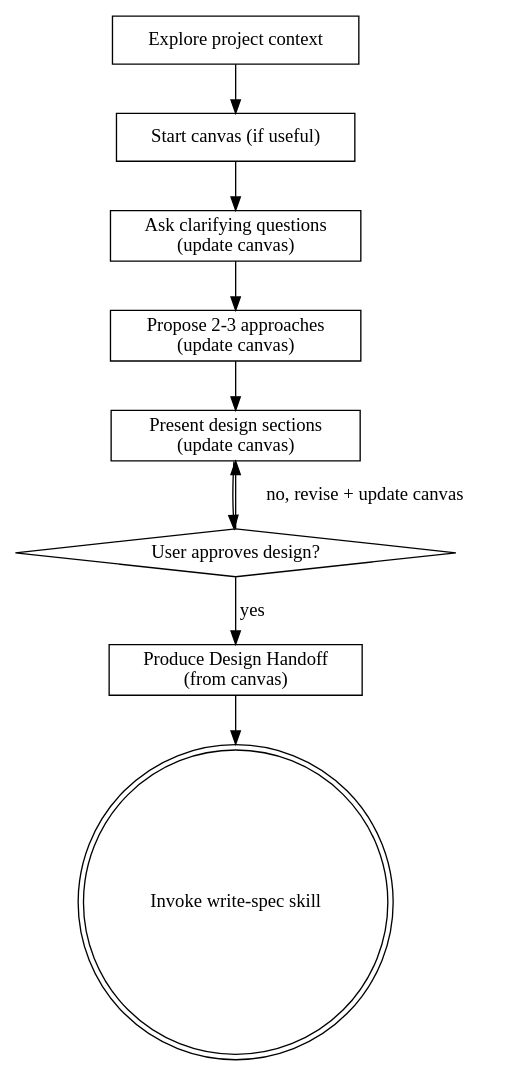
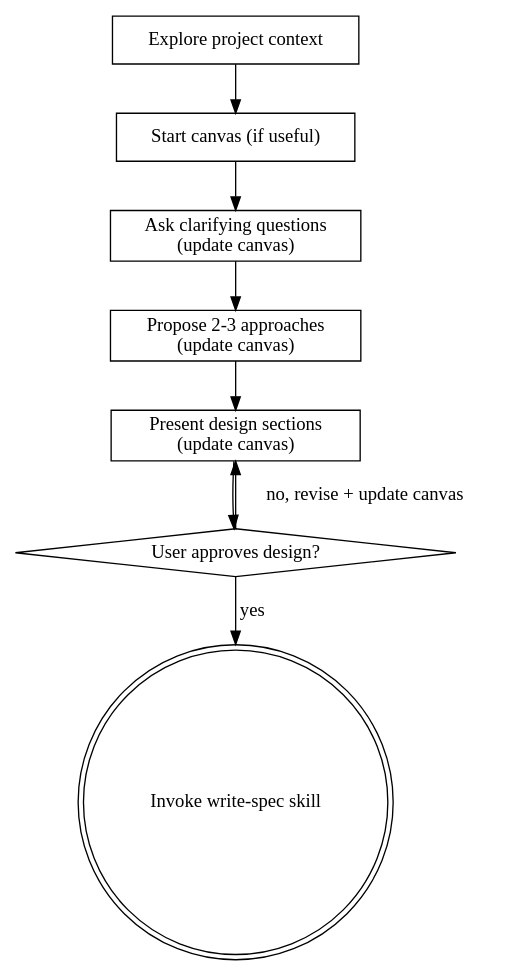
Before and after one commit to D3nnis72/Playbook: the diagram in skills/brainstorming/SKILL.md, drawn with Graphviz. The commit also changed other lines of this file and 4 other files, not shown here.

````diff
--- a/skills/brainstorming/SKILL.md
+++ b/skills/brainstorming/SKILL.md
@@ -36,21 +35,19 @@
 ```dot
 digraph brainstorming {
     "Explore project context" [shape=box];
     "Start canvas (if useful)" [shape=box];
     "Ask clarifying questions\n(update canvas)" [shape=box];
     "Propose 2-3 approaches\n(update canvas)" [shape=box];
     "Present design sections\n(update canvas)" [shape=box];
     "User approves design?" [shape=diamond];
-    "Produce Design Handoff\n(from canvas)" [shape=box];
     "Invoke write-spec skill" [shape=doublecircle];
 
     "Explore project context" -> "Start canvas (if useful)";
     "Start canvas (if useful)" -> "Ask clarifying questions\n(update canvas)";
     "Ask clarifying questions\n(update canvas)" -> "Propose 2-3 approaches\n(update canvas)";
     "Propose 2-3 approaches\n(update canvas)" -> "Present design sections\n(update canvas)";
     "Present design sections\n(update canvas)" -> "User approves design?";
     "User approves design?" -> "Present design sections\n(update canvas)" [label="no, revise + update canvas"];
-    "User approves design?" -> "Produce Design Handoff\n(from canvas)" [label="yes"];
-    "Produce Design Handoff\n(from canvas)" -> "Invoke write-spec skill";
+    "User approves design?" -> "Invoke write-spec skill" [label="yes"];
 }
 ```
````
